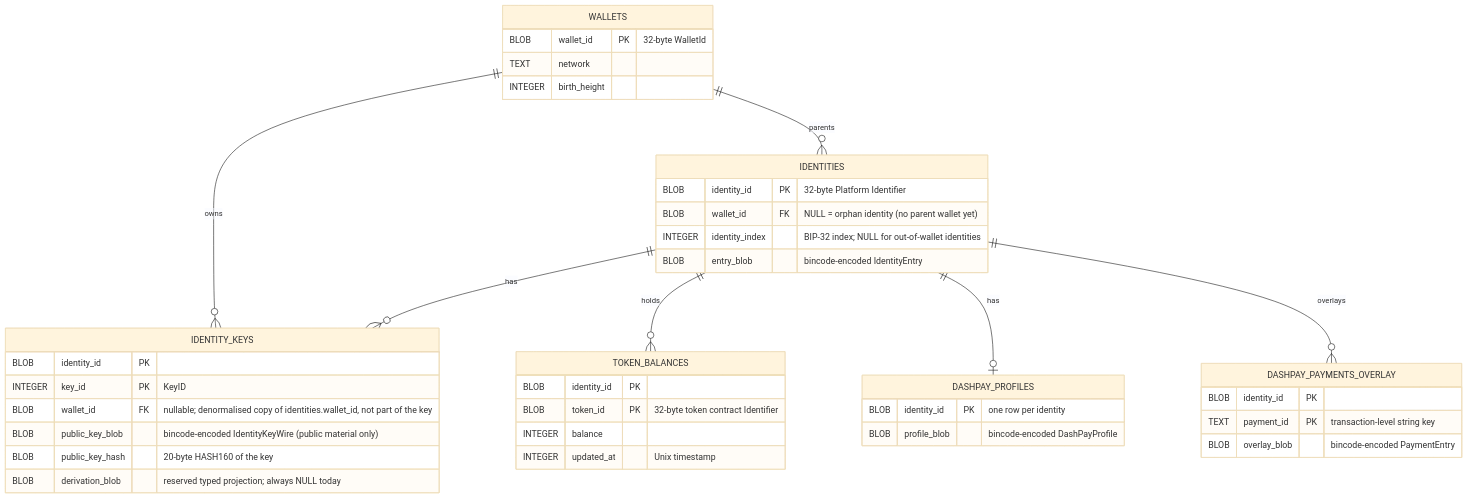
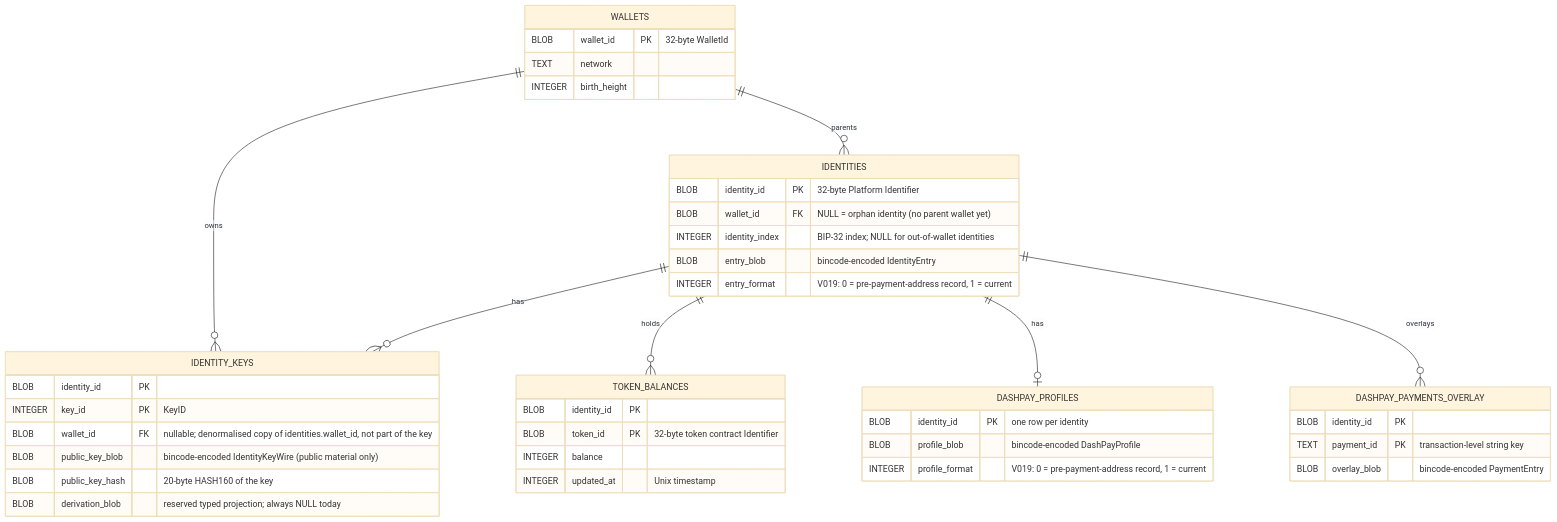
The second of 5 diagrams in packages/rs-platform-wallet-storage/SCHEMA.md (dashpay/platform), drawn with Mermaid (base theme) before and after one commit. The commit also changed other lines of this file and 112 other files, not shown here.

````diff
--- a/packages/rs-platform-wallet-storage/SCHEMA.md
+++ b/packages/rs-platform-wallet-storage/SCHEMA.md
@@ -115,49 +115,51 @@
 ```mermaid
 erDiagram
     WALLETS ||--o{ IDENTITIES : "parents"
     WALLETS ||--o{ IDENTITY_KEYS : "owns"
     IDENTITIES ||--o{ IDENTITY_KEYS : "has"
     IDENTITIES ||--o{ TOKEN_BALANCES : "holds"
     IDENTITIES ||--o| DASHPAY_PROFILES : "has"
     IDENTITIES ||--o{ DASHPAY_PAYMENTS_OVERLAY : "overlays"
 
     WALLETS {
         BLOB wallet_id PK "32-byte WalletId"
         TEXT network
         INTEGER birth_height
     }
 
     IDENTITIES {
         BLOB identity_id PK "32-byte Platform Identifier"
         BLOB wallet_id FK "NULL = orphan identity (no parent wallet yet)"
         INTEGER identity_index "BIP-32 index; NULL for out-of-wallet identities"
         BLOB entry_blob "bincode-encoded IdentityEntry"
+        INTEGER entry_format "V019: 0 = pre-payment-address record, 1 = current"
     }
 
     IDENTITY_KEYS {
         BLOB identity_id PK
         INTEGER key_id PK "KeyID"
         BLOB wallet_id FK "nullable; denormalised copy of identities.wallet_id, not part of the key"
         BLOB public_key_blob "bincode-encoded IdentityKeyWire (public material only)"
         BLOB public_key_hash "20-byte HASH160 of the key"
         BLOB derivation_blob "reserved typed projection; always NULL today"
     }
 
     TOKEN_BALANCES {
         BLOB identity_id PK
         BLOB token_id PK "32-byte token contract Identifier"
         INTEGER balance
         INTEGER updated_at "Unix timestamp"
     }
 
     DASHPAY_PROFILES {
         BLOB identity_id PK "one row per identity"
         BLOB profile_blob "bincode-encoded DashPayProfile"
+        INTEGER profile_format "V019: 0 = pre-payment-address record, 1 = current"
     }
 
     DASHPAY_PAYMENTS_OVERLAY {
         BLOB identity_id PK
         TEXT payment_id PK "transaction-level string key"
         BLOB overlay_blob "bincode-encoded PaymentEntry"
     }
 ```
````
